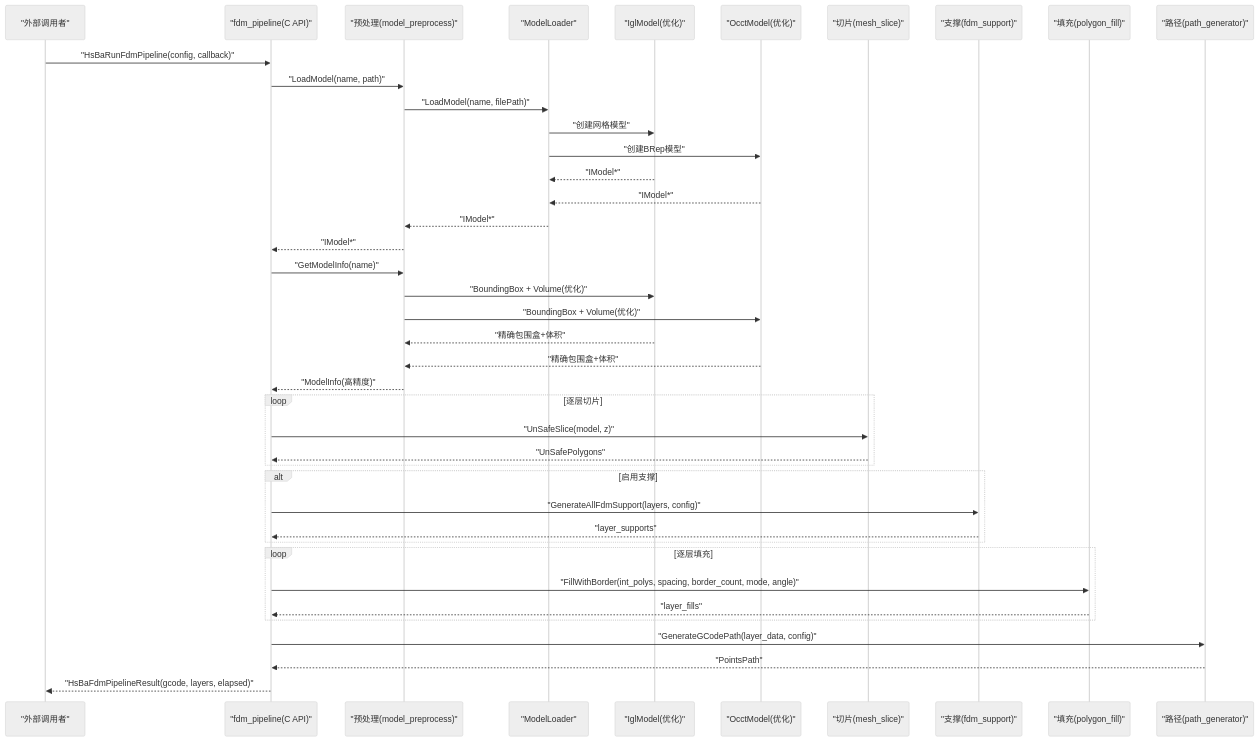
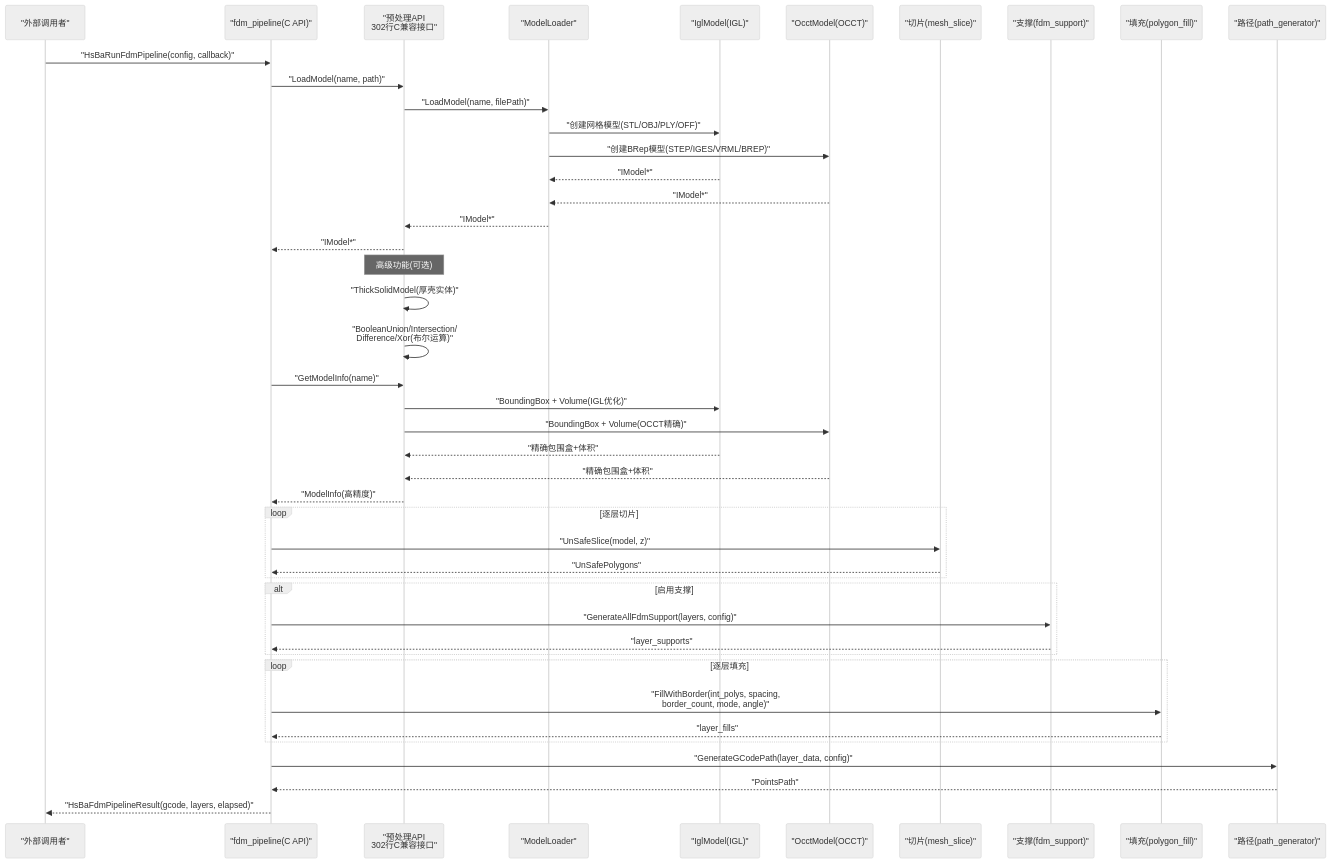
Before and after one commit to hsmbanlance/HsBaSlicer: the second of 10 diagrams in .qoder/repowiki/zh/content/核心模块详解/模型预处理系统.md, drawn with Mermaid (neutral theme). The commit also changed other lines of this file and 9 other files, not shown here.

````diff
--- a/.qoder/repowiki/zh/content/核心模块详解/模型预处理系统.md
+++ b/.qoder/repowiki/zh/content/核心模块详解/模型预处理系统.md
@@ -195,43 +201,46 @@
 ```mermaid
 sequenceDiagram
 participant Caller as "外部调用者"
 participant DLL as "fdm_pipeline(C API)"
-participant Pre as "预处理(model_preprocess)"
+participant Pre as "预处理API<br/>302行C兼容接口"
 participant Loader as "ModelLoader"
-participant Mesh as "IglModel(优化)"
-participant BRep as "OcctModel(优化)"
+participant Mesh as "IglModel(IGL)"
+participant BRep as "OcctModel(OCCT)"
 participant Slice as "切片(mesh_slice)"
 participant Sup as "支撑(fdm_support)"
 participant Fill as "填充(polygon_fill)"
 participant Path as "路径(path_generator)"
 Caller->>DLL : "HsBaRunFdmPipeline(config, callback)"
 DLL->>Pre : "LoadModel(name, path)"
 Pre->>Loader : "LoadModel(name, filePath)"
-Loader->>Mesh : "创建网格模型"
-Loader->>BRep : "创建BRep模型"
+Loader->>Mesh : "创建网格模型(STL/OBJ/PLY/OFF)"
+Loader->>BRep : "创建BRep模型(STEP/IGES/VRML/BREP)"
 Mesh-->>Loader : "IModel*"
 BRep-->>Loader : "IModel*"
 Loader-->>Pre : "IModel*"
 Pre-->>DLL : "IModel*"
+Note over Pre : 高级功能(可选)
+Pre->>Pre : "ThickSolidModel(厚壳实体)"
+Pre->>Pre : "BooleanUnion/Intersection/<br/>Difference/Xor(布尔运算)"
 DLL->>Pre : "GetModelInfo(name)"
-Pre->>Mesh : "BoundingBox + Volume(优化)"
-Pre->>BRep : "BoundingBox + Volume(优化)"
+Pre->>Mesh : "BoundingBox + Volume(IGL优化)"
+Pre->>BRep : "BoundingBox + Volume(OCCT精确)"
 Mesh-->>Pre : "精确包围盒+体积"
 BRep-->>Pre : "精确包围盒+体积"
 Pre-->>DLL : "ModelInfo(高精度)"
 loop 逐层切片
 DLL->>Slice : "UnSafeSlice(model, z)"
 Slice-->>DLL : "UnSafePolygons"
 end
 alt 启用支撑
 DLL->>Sup : "GenerateAllFdmSupport(layers, config)"
 Sup-->>DLL : "layer_supports"
 end
 loop 逐层填充
-DLL->>Fill : "FillWithBorder(int_polys, spacing, border_count, mode, angle)"
+DLL->>Fill : "FillWithBorder(int_polys, spacing,<br/>border_count, mode, angle)"
 Fill-->>DLL : "layer_fills"
 end
 DLL->>Path : "GenerateGCodePath(layer_data, config)"
 Path-->>DLL : "PointsPath"
 DLL-->>Caller : "HsBaFdmPipelineResult(gcode, layers, elapsed)"
 ```
````
